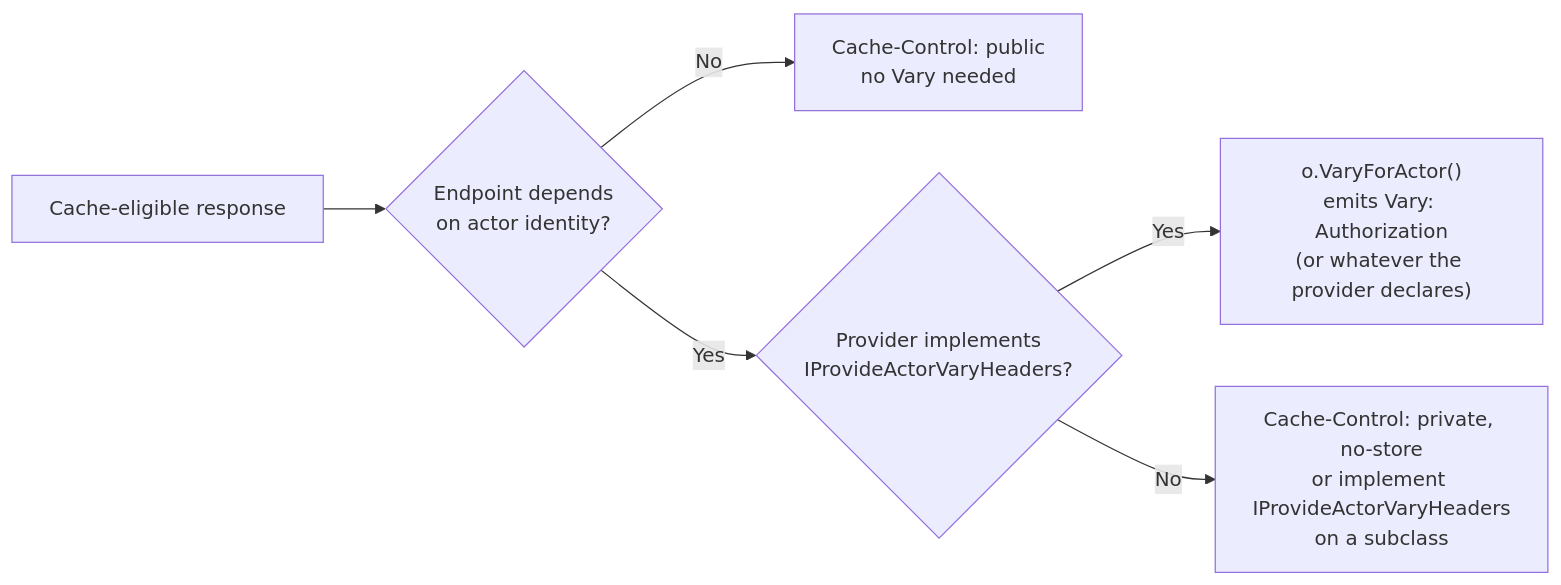
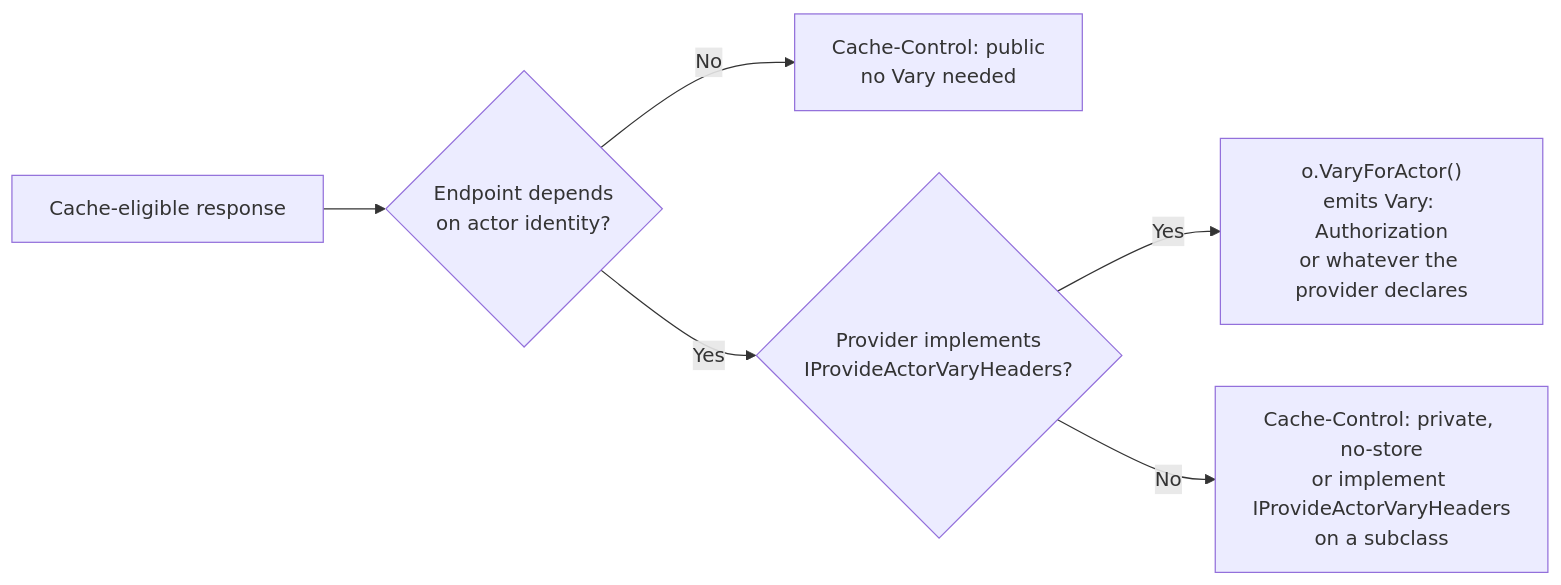
One commit to xavierjohn/FunctionalDDD changed the fifth of 7 diagrams in docs/docfx_project/articles/integration-asp-authorization.md. Above: the diagram before and after it, drawn with Mermaid. The commit also changed other lines of this file, not shown here.

First line of the commit message:
Fix Mermaid diagram rendering: conservative syntax compatible with docfx's bundled renderer

````diff
--- a/docs/docfx_project/articles/integration-asp-authorization.md
+++ b/docs/docfx_project/articles/integration-asp-authorization.md
@@ -159,8 +160,8 @@
 ```mermaid
 flowchart LR
-    A[Cache-eligible response] --> B{Endpoint depends<br/>on actor identity?}
-    B -- No --> C[Cache-Control: public<br/>no Vary needed]
-    B -- Yes --> D{Provider implements<br/>IProvideActorVaryHeaders?}
-    D -- Yes --> E["o.VaryForActor()<br/>emits Vary: Authorization<br/>(or whatever the provider declares)"]
-    D -- No --> F[Cache-Control: private, no-store<br/>or implement IProvideActorVaryHeaders<br/>on a subclass]
+    A[Cache-eligible response] --> B{"Endpoint depends<br/>on actor identity?"}
+    B -- No --> C["Cache-Control: public<br/>no Vary needed"]
+    B -- Yes --> D{"Provider implements<br/>IProvideActorVaryHeaders?"}
+    D -- Yes --> E["o.VaryForActor()<br/>emits Vary: Authorization<br/>or whatever the provider declares"]
+    D -- No --> F["Cache-Control: private, no-store<br/>or implement IProvideActorVaryHeaders<br/>on a subclass"]
 ```
````
